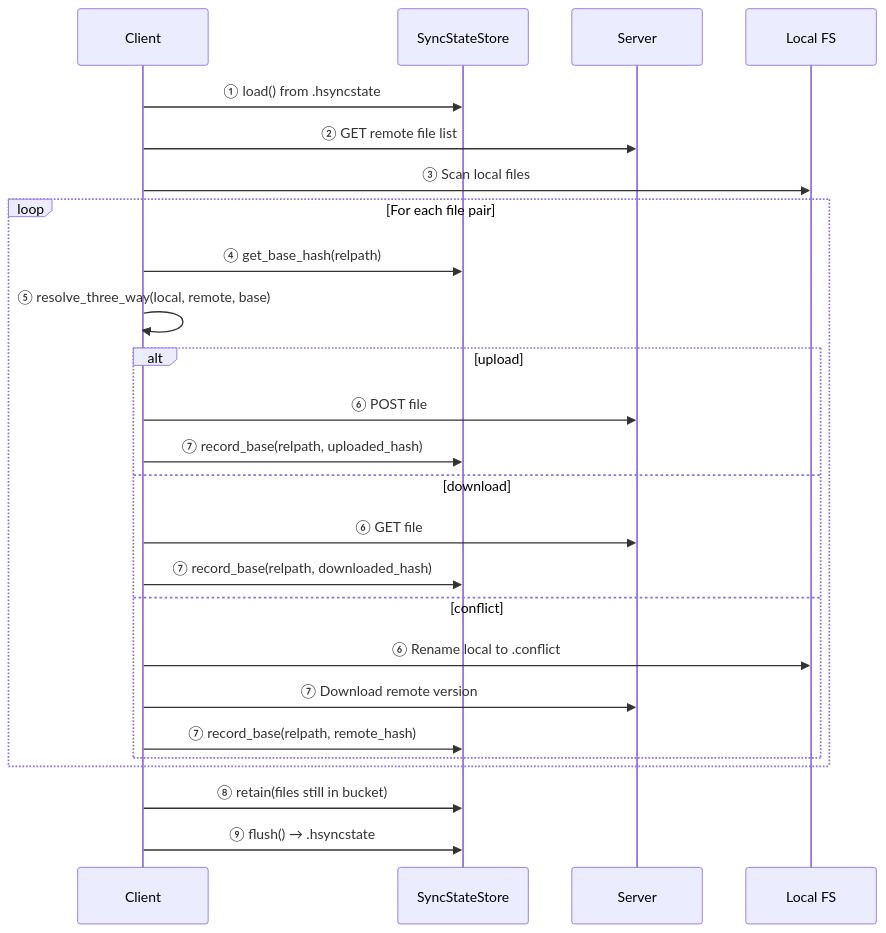
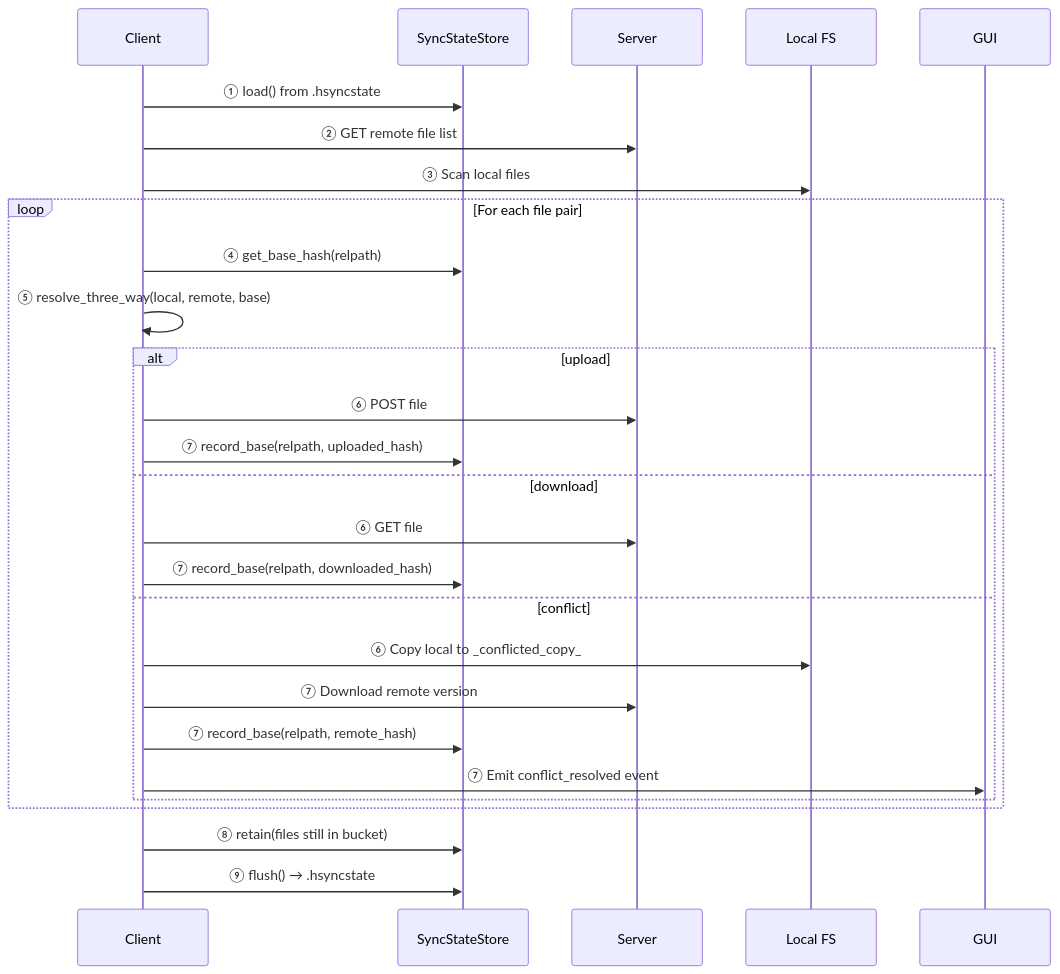
Before and after one commit to albertsdk/hsync-client: the diagram in docs/conflict-resolution.md, drawn with Mermaid. The commit also changed other lines of this file and 8 other files, not shown here.

First line of the commit message:
fix(sync): unify conflict-copy naming, emit conflict_resolved event, add sync-cycle flag

````diff
--- a/docs/conflict-resolution.md
+++ b/docs/conflict-resolution.md
@@ -134,30 +134,31 @@
 ```mermaid
 sequenceDiagram
     participant C as Client
     participant SS as SyncStateStore
     participant S as Server
     participant FS as Local FS
 
     C->>SS: ① load() from .hsyncstate
     C->>S: ② GET remote file list
     C->>FS: ③ Scan local files
 
     loop For each file pair
         C->>SS: ④ get_base_hash(relpath)
         C->>C: ⑤ resolve_three_way(local, remote, base)
         alt upload
             C->>S: ⑥ POST file
             C->>SS: ⑦ record_base(relpath, uploaded_hash)
         else download
             C->>S: ⑥ GET file
             C->>SS: ⑦ record_base(relpath, downloaded_hash)
         else conflict
-            C->>FS: ⑥ Rename local to .conflict
+            C->>FS: ⑥ Copy local to _conflicted_copy_
             C->>S: ⑦ Download remote version
             C->>SS: ⑦ record_base(relpath, remote_hash)
+            C->>GUI: ⑦ Emit conflict_resolved event
         end
     end
 
     C->>SS: ⑧ retain(files still in bucket)
     C->>SS: ⑨ flush() → .hsyncstate
 ```
````
